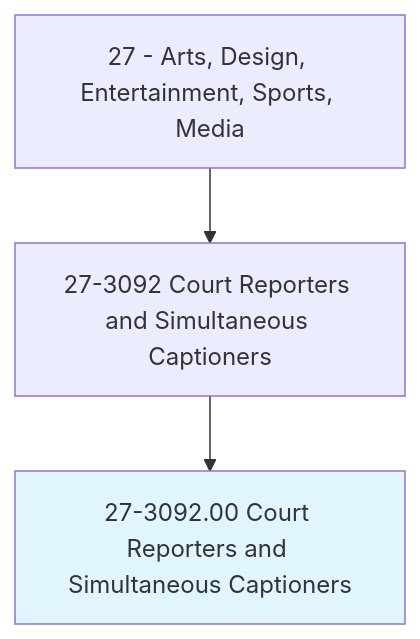
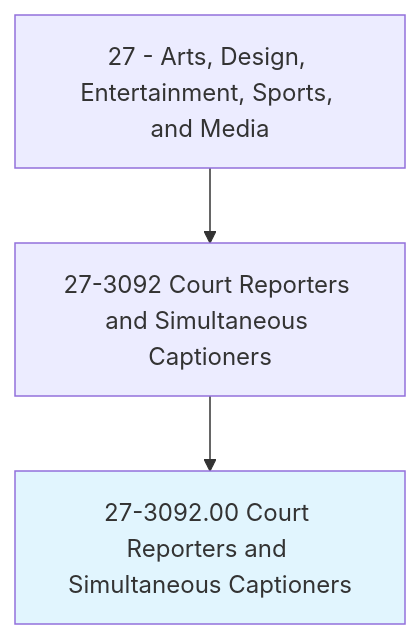
Before and after one commit to kziemski/business.org.ai: the first of 4 diagrams in occupations/ArtsMedia/CourtReportersAndSimultaneousCaptioners.mdx, drawn with Mermaid. The commit also changed other lines of this file and 938 other files, not shown here.

````diff
--- a/occupations/ArtsMedia/CourtReportersAndSimultaneousCaptioners.mdx
+++ b/occupations/ArtsMedia/CourtReportersAndSimultaneousCaptioners.mdx
@@ -19,6 +23,6 @@
 ```mermaid
 graph TD
-    Cat27["27 - Arts, Design, Entertainment, Sports, Media"] --> Group273092["27-3092 Court Reporters and Simultaneous Captioners"]
+    Cat27["27 - Arts, Design, Entertainment, Sports, and Media"] --> Group273092["27-3092 Court Reporters and Simultaneous Captioners"]
     Group273092 --> Current["27-3092.00 Court Reporters and Simultaneous Captioners"]
     style Current fill:#e1f5fe
 ```
````
